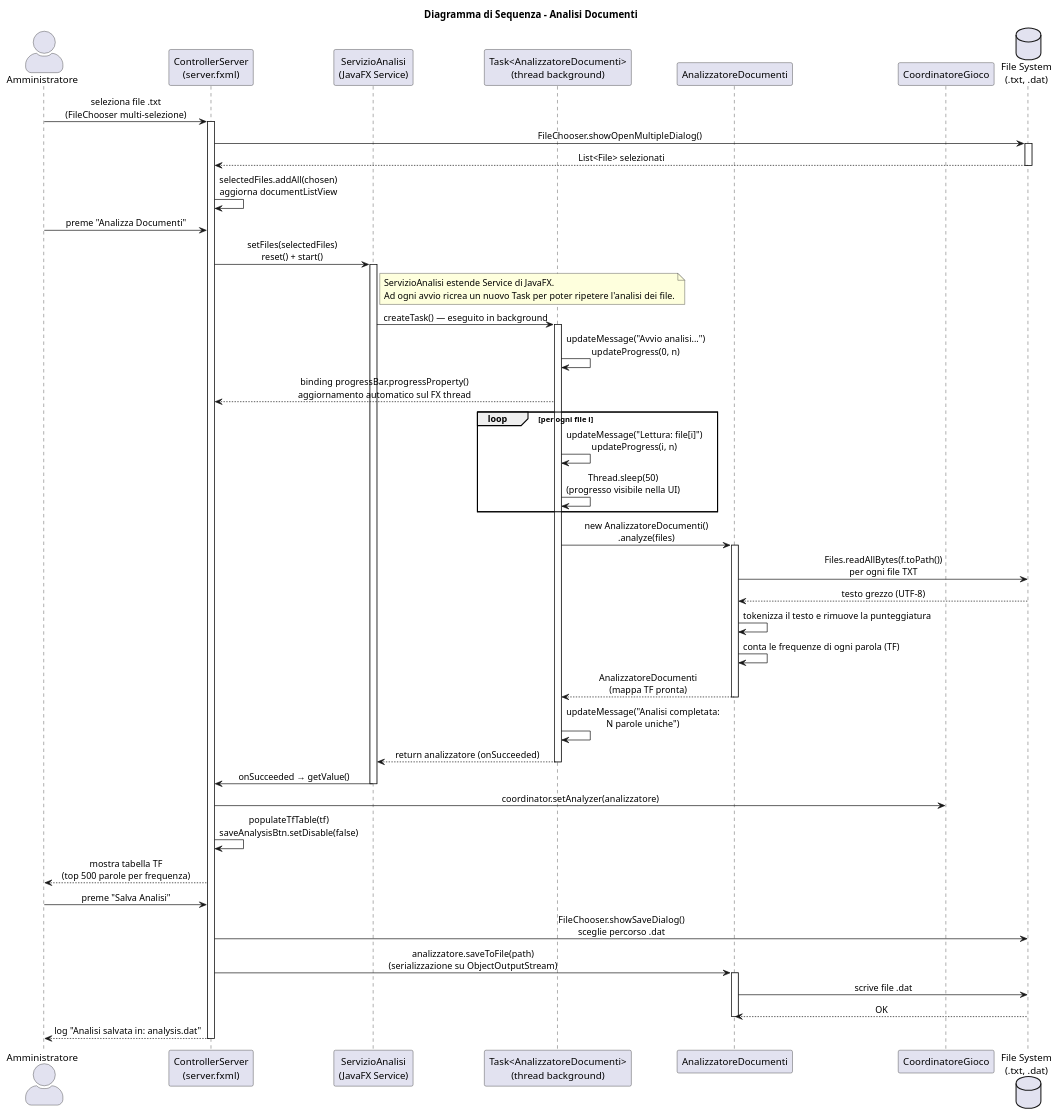
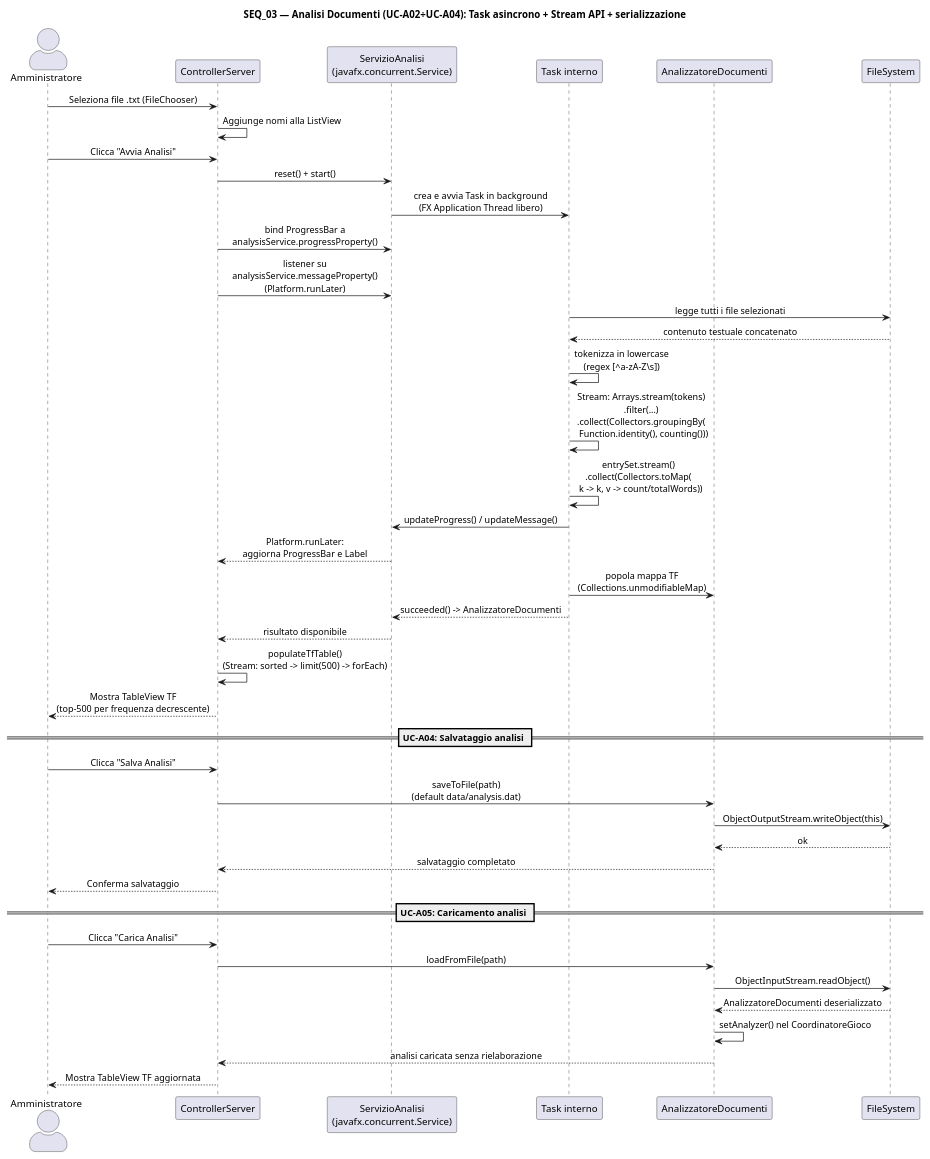
One commit to Michele-Pio-Russo/Progetto_Java_Avanzata_Gruppo_2 changed the diagram in Documenti/Diagrammi/SEQ_03_AnalisiDocumenti.puml. Above: the diagram before and after it, drawn with PlantUML. The commit also changed 26 other files, not shown here.

```diff
--- a/Documenti/Diagrammi/SEQ_03_AnalisiDocumenti.puml
+++ b/Documenti/Diagrammi/SEQ_03_AnalisiDocumenti.puml
@@ -1,77 +1,56 @@
 @startuml SEQ_03_AnalisiDocumenti
 skinparam actorStyle awesome
 skinparam sequenceMessageAlign center
 
-title Diagramma di Sequenza - Analisi Documenti
+title SEQ_03 — Analisi Documenti (UC-A02÷UC-A04): Task asincrono + Stream API + serializzazione
 
-actor "Amministratore" as Admin
-participant "ControllerServer\n(server.fxml)" as Ctrl
-participant "ServizioAnalisi\n(JavaFX Service)" as Svc
-participant "Task<AnalizzatoreDocumenti>\n(thread background)" as Task
-participant "AnalizzatoreDocumenti" as Anal
-participant "CoordinatoreGioco" as Coord
-database "File System\n(.txt, .dat)" as FS
+actor "Amministratore" as A
+participant "ControllerServer" as CS
+participant "ServizioAnalisi\n(javafx.concurrent.Service)" as SVC
+participant "Task interno" as TASK
+participant "AnalizzatoreDocumenti" as AN
+participant "FileSystem" as FS
 
-Admin -> Ctrl : seleziona file .txt\n(FileChooser multi-selezione)
-activate Ctrl
-Ctrl -> FS : FileChooser.showOpenMultipleDialog()
-activate FS
-FS --> Ctrl : List<File> selezionati
-deactivate FS
-Ctrl -> Ctrl : selectedFiles.addAll(chosen)\naggiorna documentListView
+A -> CS : Seleziona file .txt (FileChooser)
+CS -> CS : Aggiunge nomi alla ListView
+A -> CS : Clicca "Avvia Analisi"
 
-Admin -> Ctrl : preme "Analizza Documenti"
-Ctrl -> Svc : setFiles(selectedFiles)\nreset() + start()
-activate Svc
+CS -> SVC : reset() + start()
+SVC -> TASK : crea e avvia Task in background\n(FX Application Thread libero)
 
-note right of Svc
-  ServizioAnalisi estende Service di JavaFX.
-  Ad ogni avvio ricrea un nuovo Task per poter ripetere l'analisi dei file.
-end note
+CS -> SVC : bind ProgressBar a\nanalysisService.progressProperty()
+CS -> SVC : listener su\nanalysisService.messageProperty()\n(Platform.runLater)
 
-Svc -> Task : createTask() — eseguito in background
-activate Task
+TASK -> FS : legge tutti i file selezionati
+FS --> TASK : contenuto testuale concatenato
+TASK -> TASK : tokenizza in lowercase\n(regex [^a-zA-Z\\s])
 
-Task -> Task : updateMessage("Avvio analisi...")\nupdateProgress(0, n)
-Task --> Ctrl : binding progressBar.progressProperty()\naggiornamento automatico sul FX thread
+TASK -> TASK : Stream: Arrays.stream(tokens)\n.filter(...)\n.collect(Collectors.groupingBy(\n  Function.identity(), counting()))
+TASK -> TASK : entrySet.stream()\n.collect(Collectors.toMap(\n  k -> k, v -> count/totalWords))
+TASK -> SVC : updateProgress() / updateMessage()
+SVC --> CS : Platform.runLater:\naggiorna ProgressBar e Label
 
-loop per ogni file i
-  Task -> Task : updateMessage("Lettura: file[i]")\nupdateProgress(i, n)
-  Task -> Task : Thread.sleep(50)\n(progresso visibile nella UI)
-end
+TASK -> AN : popola mappa TF\n(Collections.unmodifiableMap)
+TASK --> SVC : succeeded() -> AnalizzatoreDocumenti
+SVC --> CS : risultato disponibile
 
-Task -> Anal : new AnalizzatoreDocumenti()\n.analyze(files)
-activate Anal
+CS -> CS : populateTfTable()\n(Stream: sorted -> limit(500) -> forEach)
+CS --> A : Mostra TableView TF\n(top-500 per frequenza decrescente)
 
-Anal -> FS : Files.readAllBytes(f.toPath())\nper ogni file TXT
-FS --> Anal : testo grezzo (UTF-8)
+== UC-A04: Salvataggio analisi ==
+A -> CS : Clicca "Salva Analisi"
+CS -> AN : saveToFile(path)\n(default data/analysis.dat)
+AN -> FS : ObjectOutputStream.writeObject(this)
+FS --> AN : ok
+AN --> CS : salvataggio completato
+CS --> A : Conferma salvataggio
 
-Anal -> Anal : tokenizza il testo e rimuove la punteggiatura
-
-Anal -> Anal : conta le frequenze di ogni parola (TF)
-
-Anal --> Task : AnalizzatoreDocumenti\n(mappa TF pronta)
-deactivate Anal
-
-Task -> Task : updateMessage("Analisi completata:\nN parole uniche")
-Task --> Svc : return analizzatore (onSucceeded)
-deactivate Task
-
-Svc -> Ctrl : onSucceeded → getValue()
-deactivate Svc
-Ctrl -> Coord : coordinator.setAnalyzer(analizzatore)
-Ctrl -> Ctrl : populateTfTable(tf)\nsaveAnalysisBtn.setDisable(false)
-Ctrl --> Admin : mostra tabella TF\n(top 500 parole per frequenza)
-
-Admin -> Ctrl : preme "Salva Analisi"
-Ctrl -> FS : FileChooser.showSaveDialog()\nsceglie percorso .dat
-Ctrl -> Anal : analizzatore.saveToFile(path)\n(serializzazione su ObjectOutputStream)
-activate Anal
-Anal -> FS : scrive file .dat
-FS --> Anal : OK
-deactivate Anal
-Ctrl --> Admin : log "Analisi salvata in: analysis.dat"
-
-deactivate Ctrl
-
+== UC-A05: Caricamento analisi ==
+A -> CS : Clicca "Carica Analisi"
+CS -> AN : loadFromFile(path)
+AN -> FS : ObjectInputStream.readObject()
+FS --> AN : AnalizzatoreDocumenti deserializzato
+AN -> AN : setAnalyzer() nel CoordinatoreGioco
+AN --> CS : analisi caricata senza rielaborazione
+CS --> A : Mostra TableView TF aggiornata
 @enduml
```
